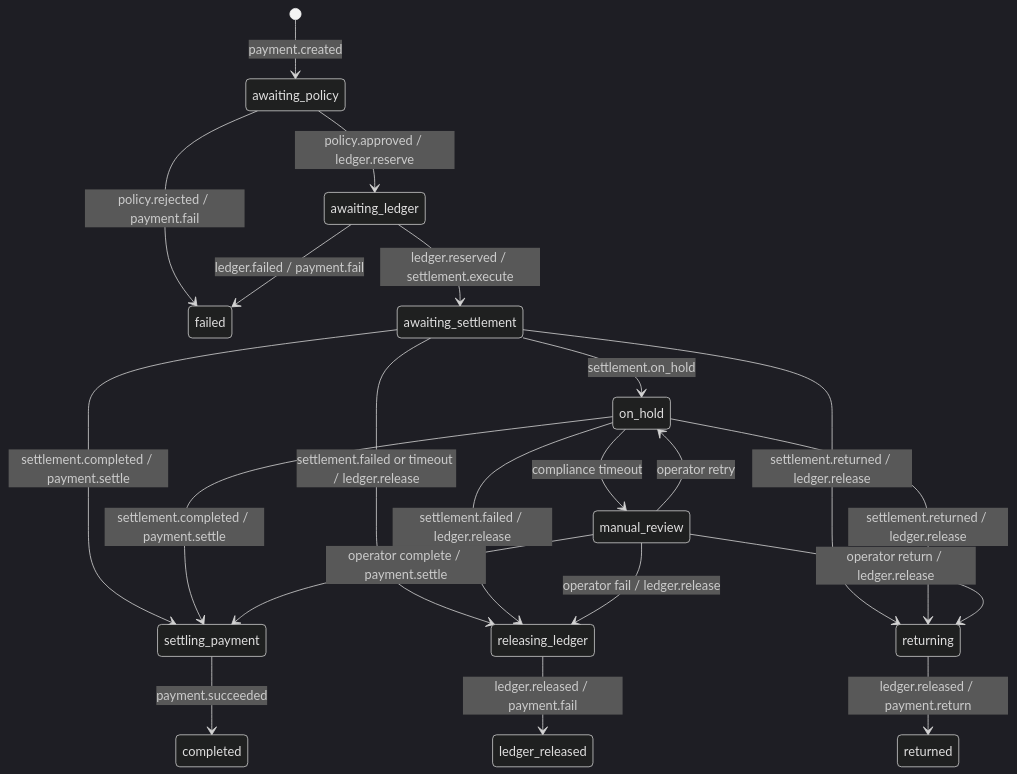
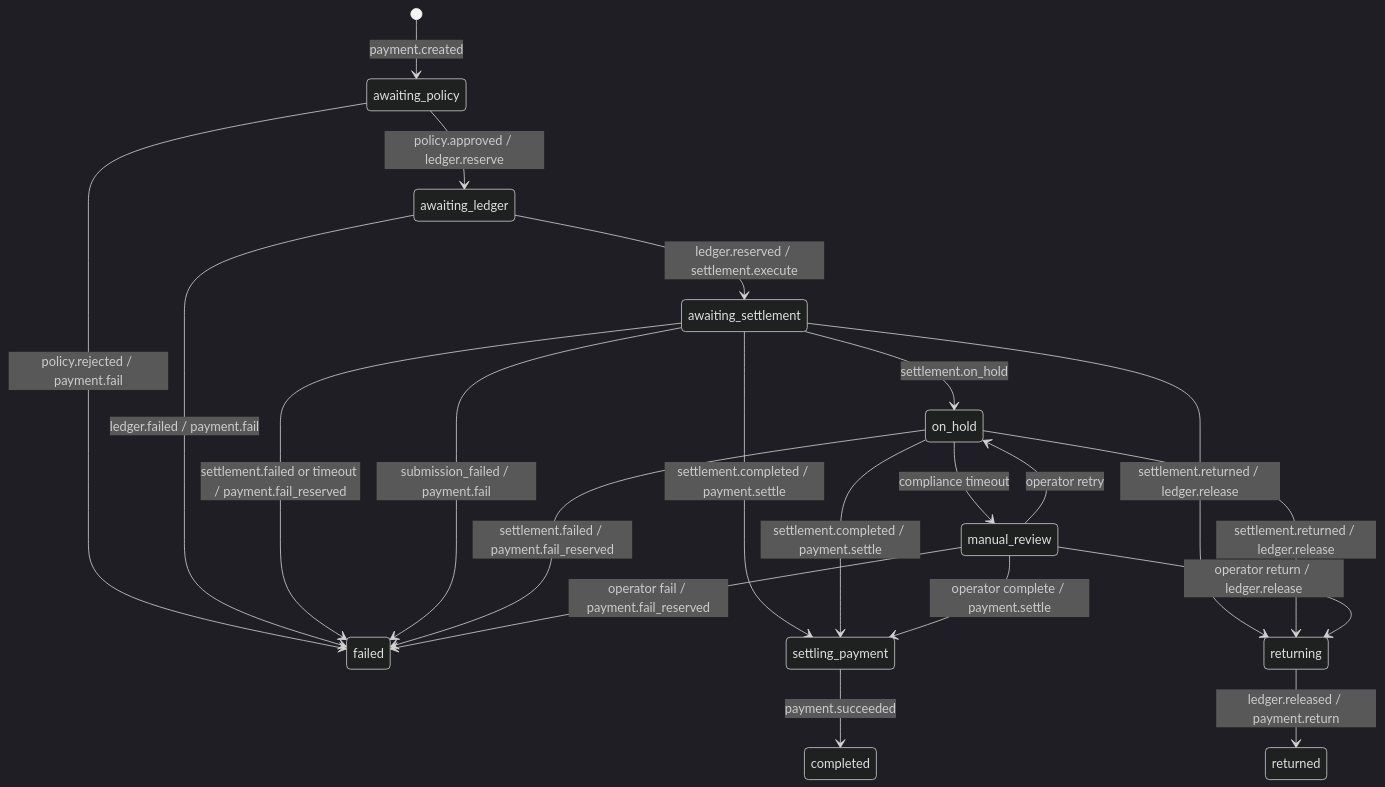
Before and after one commit to lancechuangdev/StableRail: the third of 3 diagrams in README.md, drawn with Mermaid (dark theme). The commit also changed other lines of this file and 2 other files, not shown here.

````diff
--- a/README.md
+++ b/README.md
@@ -90,27 +91,27 @@
 ```mermaid
 stateDiagram-v2
     [*] --> awaiting_policy: payment.created
     awaiting_policy --> awaiting_ledger: policy.approved / ledger.reserve
     awaiting_policy --> failed: policy.rejected / payment.fail
     awaiting_ledger --> awaiting_settlement: ledger.reserved / settlement.execute
     awaiting_ledger --> failed: ledger.failed / payment.fail
 
     awaiting_settlement --> settling_payment: settlement.completed / payment.settle
     settling_payment --> completed: payment.succeeded
 
-    awaiting_settlement --> releasing_ledger: settlement.failed or timeout / ledger.release
-    releasing_ledger --> ledger_released: ledger.released / payment.fail
+    awaiting_settlement --> failed: settlement.failed or timeout / payment.fail_reserved
+    awaiting_settlement --> failed: submission_failed / payment.fail
 
     awaiting_settlement --> returning: settlement.returned / ledger.release
     returning --> returned: ledger.released / payment.return
 
     awaiting_settlement --> on_hold: settlement.on_hold
     on_hold --> settling_payment: settlement.completed / payment.settle
-    on_hold --> releasing_ledger: settlement.failed / ledger.release
+    on_hold --> failed: settlement.failed / payment.fail_reserved
     on_hold --> returning: settlement.returned / ledger.release
     on_hold --> manual_review: compliance timeout
     manual_review --> on_hold: operator retry
     manual_review --> settling_payment: operator complete / payment.settle
-    manual_review --> releasing_ledger: operator fail / ledger.release
+    manual_review --> failed: operator fail / payment.fail_reserved
     manual_review --> returning: operator return / ledger.release
 ```
````
